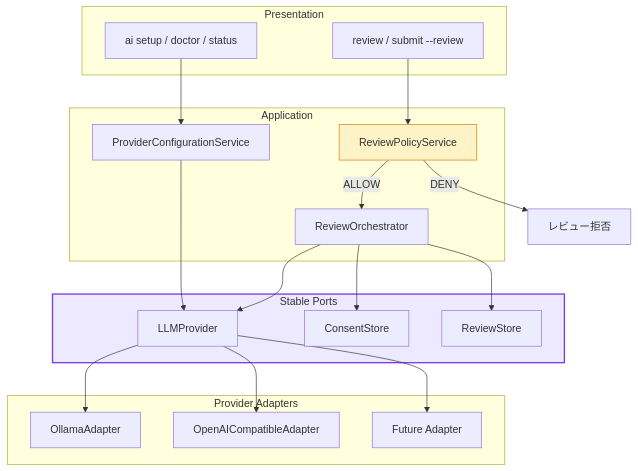
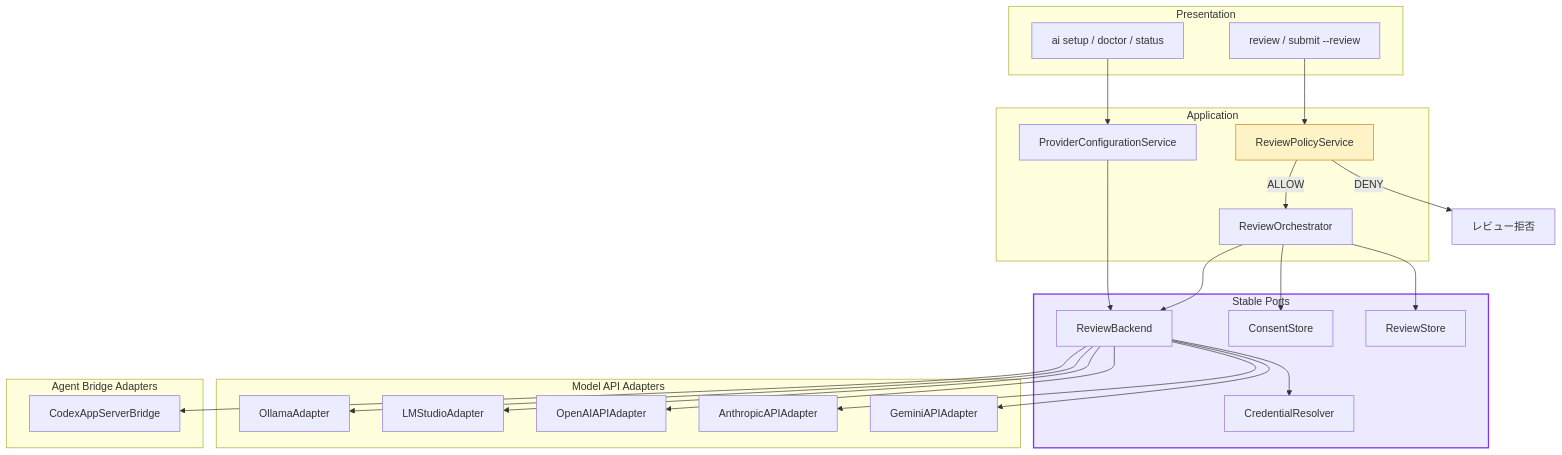
One commit to mgmaru/algo-loom changed the third of 6 diagrams in design/llm-provider-design.md. Above: the diagram before and after it, drawn with Mermaid. The commit also changed other lines of this file, not shown here.

Commit message:
docs: Review Backendの設計方針を追加

````diff
--- a/design/llm-provider-design.md
+++ b/design/llm-provider-design.md
@@ -297,40 +396,51 @@
 ```mermaid
 flowchart TB
     subgraph Presentation[Presentation]
         REVIEWCMD[review / submit --review]
         AICMD[ai setup / doctor / status]
     end
 
     subgraph Application[Application]
         POLICY[ReviewPolicyService]
         ORCH[ReviewOrchestrator]
         CONFIG[ProviderConfigurationService]
     end
 
     subgraph Ports[Stable Ports]
-        PROVIDERPORT[LLMProvider]
+        BACKENDPORT[ReviewBackend]
         CONSENTPORT[ConsentStore]
+        CREDENTIALPORT[CredentialResolver]
         REVIEWSTORE[ReviewStore]
     end
 
-    subgraph Adapters[Provider Adapters]
+    subgraph ModelAdapters[Model API Adapters]
         OLLAMA[OllamaAdapter]
-        OPENAI[OpenAICompatibleAdapter]
-        FUTURE[Future Adapter]
+        LMSTUDIO[LMStudioAdapter]
+        OPENAI[OpenAIAPIAdapter]
+        ANTHROPIC[AnthropicAPIAdapter]
+        GEMINI[GeminiAPIAdapter]
+    end
+
+    subgraph AgentAdapters[Agent Bridge Adapters]
+        CODEX[CodexAppServerBridge]
     end
 
     REVIEWCMD --> POLICY
     POLICY -->|ALLOW| ORCH
     POLICY -->|DENY| STOP[レビュー拒否]
     AICMD --> CONFIG
     ORCH --> CONSENTPORT
-    ORCH --> PROVIDERPORT
+    ORCH --> BACKENDPORT
+    BACKENDPORT --> CREDENTIALPORT
     ORCH --> REVIEWSTORE
-    CONFIG --> PROVIDERPORT
-    PROVIDERPORT --> OLLAMA
-    PROVIDERPORT --> OPENAI
-    PROVIDERPORT --> FUTURE
+    CONFIG --> BACKENDPORT
+    BACKENDPORT --> OLLAMA
+    BACKENDPORT --> LMSTUDIO
+    BACKENDPORT --> OPENAI
+    BACKENDPORT --> ANTHROPIC
+    BACKENDPORT --> GEMINI
+    BACKENDPORT --> CODEX
 
     style POLICY fill:#fef3c7,stroke:#d97706
     style Ports fill:#ede9fe,stroke:#7c3aed,stroke-width:2px
 ```
````
